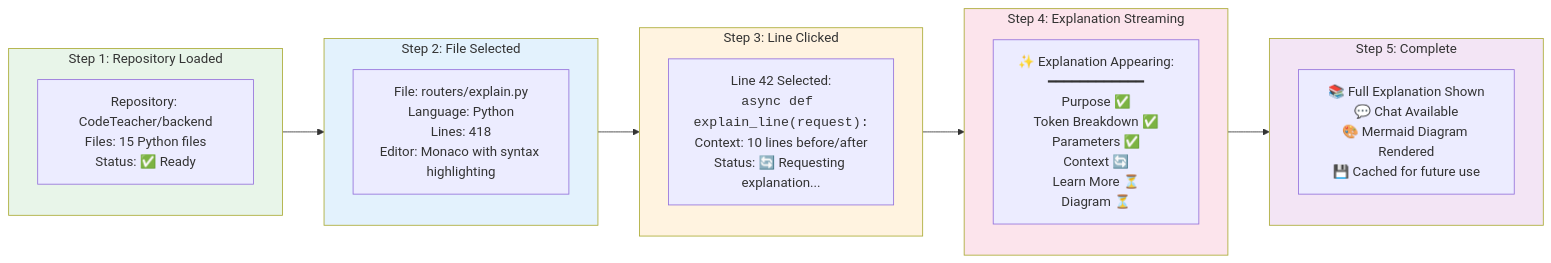
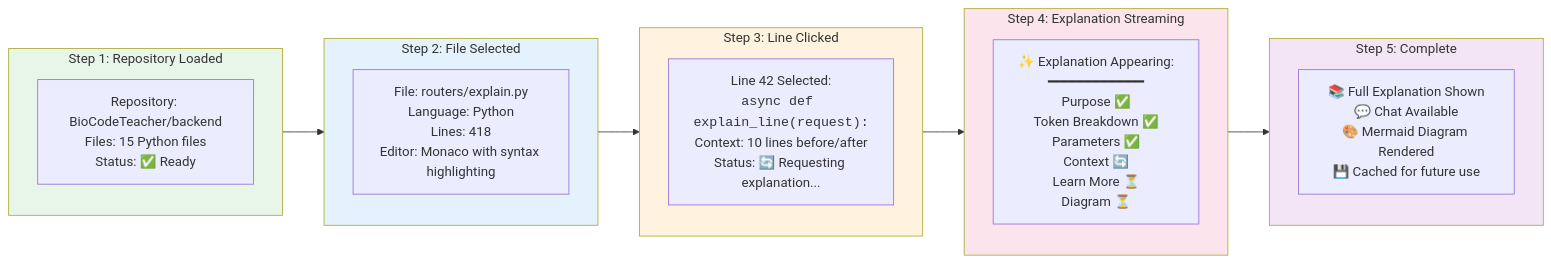
Before and after one commit to alexs42/BioCodeTeacher: the third of 7 diagrams in SYSTEM_OVERVIEW.md, drawn with Mermaid. The commit also changed other lines of this file and 35 other files, not shown here.

First line of the commit message:
BioCodeTeacher v0.42: macOS build, splash screen, bug fixes, and docs overhaul

````diff
--- a/SYSTEM_OVERVIEW.md
+++ b/SYSTEM_OVERVIEW.md
@@ -92,33 +92,33 @@
 ```mermaid
 graph LR
     subgraph Step1["Step 1: Repository Loaded"]
-        A1["Repository: CodeTeacher/backend<br/>Files: 15 Python files<br/>Status: ✅ Ready"]
+        A1["Repository: BioCodeTeacher/backend<br/>Files: 15 Python files<br/>Status: ✅ Ready"]
     end
 
     subgraph Step2["Step 2: File Selected"]
         B1["File: routers/explain.py<br/>Language: Python<br/>Lines: 418<br/>Editor: Monaco with syntax highlighting"]
     end
 
     subgraph Step3["Step 3: Line Clicked"]
         C1["Line 42 Selected:<br/><code>async def explain_line(request):</code><br/>Context: 10 lines before/after<br/>Status: 🔄 Requesting explanation..."]
     end
 
     subgraph Step4["Step 4: Explanation Streaming"]
         D1["✨ Explanation Appearing:<br/>━━━━━━━━━━━━<br/>Purpose ✅<br/>Token Breakdown ✅<br/>Parameters ✅<br/>Context 🔄<br/>Learn More ⏳<br/>Diagram ⏳"]
     end
 
     subgraph Step5["Step 5: Complete"]
         E1["📚 Full Explanation Shown<br/>💬 Chat Available<br/>🎨 Mermaid Diagram Rendered<br/>💾 Cached for future use"]
     end
 
     Step1 --> Step2
     Step2 --> Step3
     Step3 --> Step4
     Step4 --> Step5
 
     style Step1 fill:#e8f5e9
     style Step2 fill:#e3f2fd
     style Step3 fill:#fff3e0
     style Step4 fill:#fce4ec
     style Step5 fill:#f3e5f5
 ```
````
